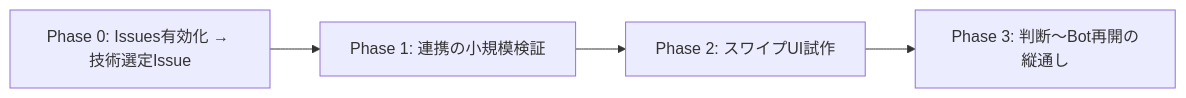
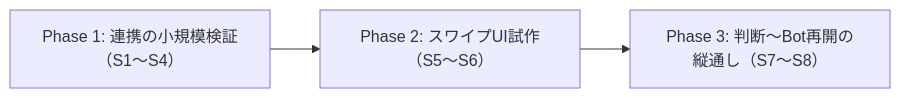
Before and after one commit to kkyosuke/bot-board: the fifth of 5 diagrams in docs/development-workflow.md, drawn with Mermaid. The commit also changed other lines of this file and 6 other files, not shown here.

````diff
--- a/docs/development-workflow.md
+++ b/docs/development-workflow.md
@@ -203,6 +203,5 @@
 ```mermaid
 flowchart LR
-  P0["Phase 0: Issues有効化 → 技術選定Issue"] --> P1["Phase 1: 連携の小規模検証"]
-  P1 --> P2["Phase 2: スワイプUI試作"]
-  P2 --> P3["Phase 3: 判断〜Bot再開の縦通し"]
+  P1["Phase 1: 連携の小規模検証（S1〜S4）"] --> P2["Phase 2: スワイプUI試作（S5〜S6）"]
+  P2 --> P3["Phase 3: 判断〜Bot再開の縦通し（S7〜S8）"]
 ```
````
